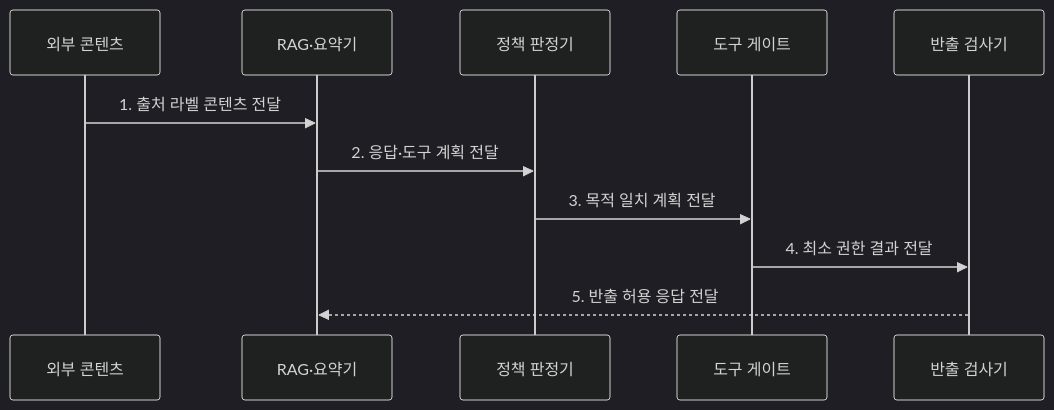
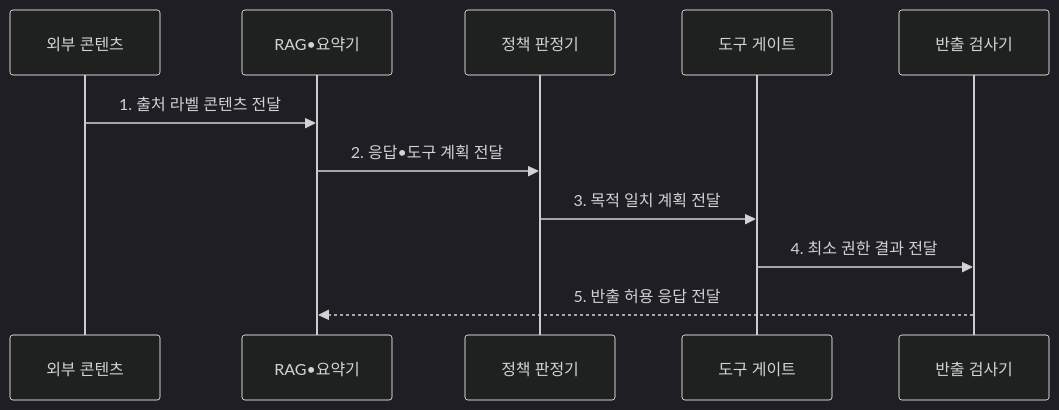
One commit to agnusdei1207/knowledge-base changed the second of 2 diagrams in src/content/docs/notes/08-latest-tech/117_indirect_prompt_injection.md. Above: the diagram before and after it, drawn with Mermaid (dark theme). The commit also changed other lines of this file and 953 other files, not shown here.

````diff
--- a/src/content/docs/notes/08-latest-tech/117_indirect_prompt_injection.md
+++ b/src/content/docs/notes/08-latest-tech/117_indirect_prompt_injection.md
@@ -105,13 +105,13 @@
 ```mermaid
 sequenceDiagram
     participant C as 외부 콘텐츠
-    participant R as RAG·요약기
+    participant R as RAG•요약기
     participant P as 정책 판정기
     participant G as 도구 게이트
     participant E as 반출 검사기
     C->>R: 1. 출처 라벨 콘텐츠 전달
-    R->>P: 2. 응답·도구 계획 전달
+    R->>P: 2. 응답•도구 계획 전달
     P->>G: 3. 목적 일치 계획 전달
     G->>E: 4. 최소 권한 결과 전달
     E-->>R: 5. 반출 허용 응답 전달
 ```
````
